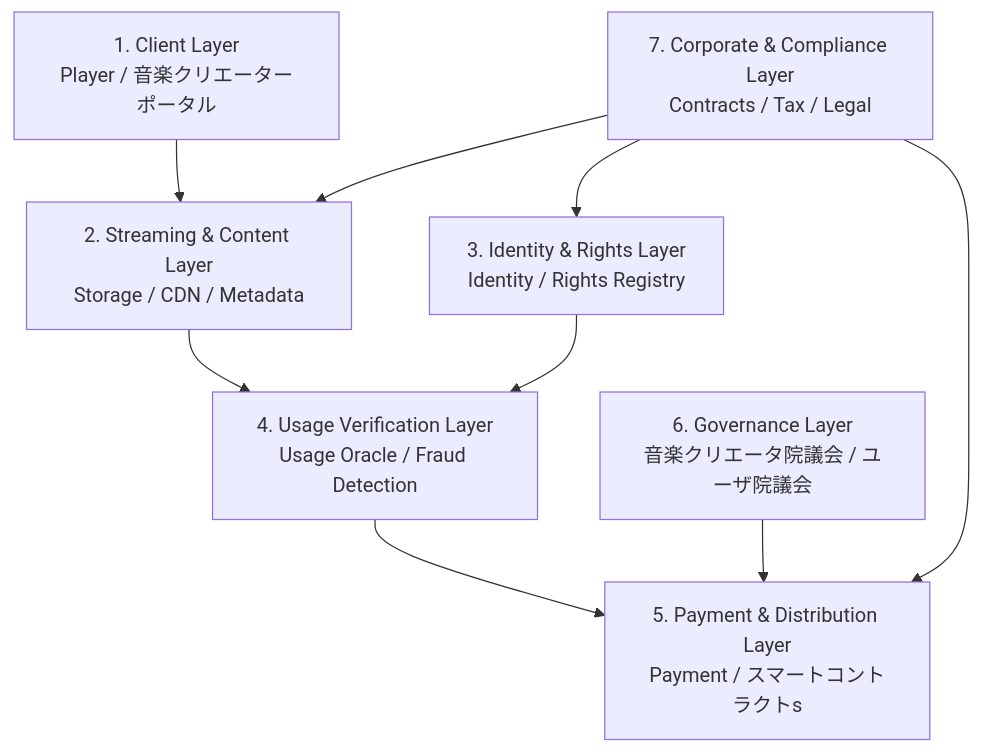
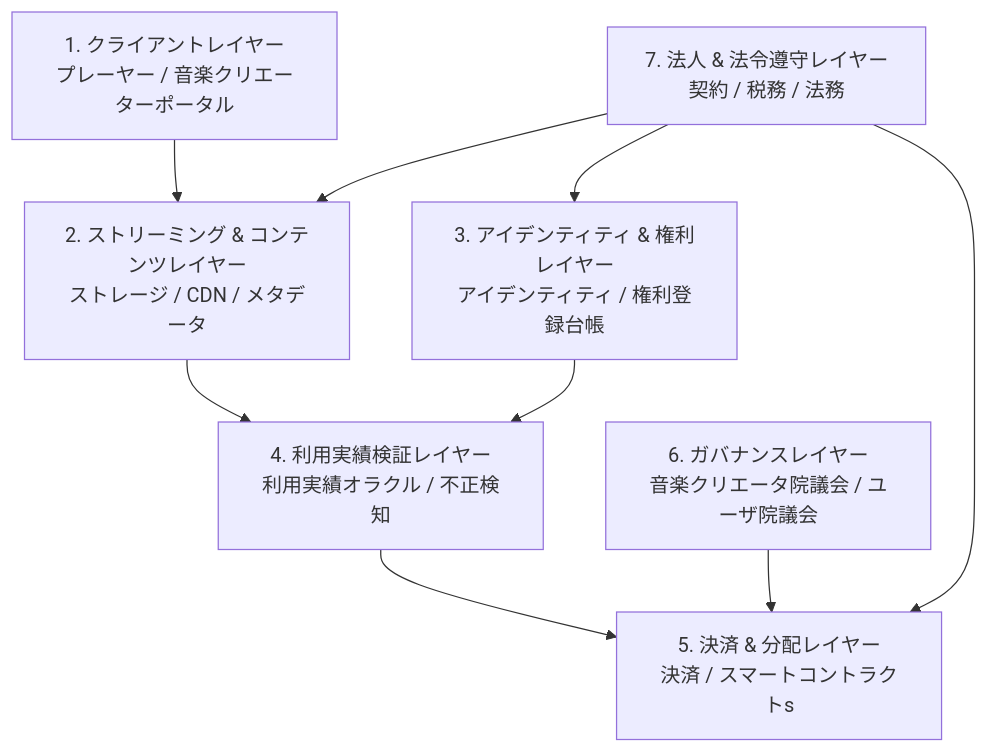
One commit to ShigeichiroYamasaki/creator-first-platform changed the second of 27 diagrams in docs/whitepaper/04-platform-architecture.md. Above: the diagram before and after it, drawn with Mermaid. The commit also changed other lines of this file and 72 other files, not shown here.

````diff
--- a/docs/whitepaper/04-platform-architecture.md
+++ b/docs/whitepaper/04-platform-architecture.md
@@ -79,19 +79,19 @@
 ```mermaid
 flowchart TB
-    L1[1. Client Layer<br/>Player / 音楽クリエーターポータル]
-    L2[2. Streaming & Content Layer<br/>Storage / CDN / Metadata]
-    L3[3. Identity & Rights Layer<br/>Identity / Rights Registry]
-    L4[4. Usage Verification Layer<br/>Usage Oracle / Fraud Detection]
-    L5[5. Payment & Distribution Layer<br/>Payment / スマートコントラクトs]
-    L6[6. Governance Layer<br/>音楽クリエータ院議会 / ユーザ院議会]
-    L7[7. Corporate & Compliance Layer<br/>Contracts / Tax / Legal]
+    L1[1. クライアントレイヤー<br/>プレーヤー / 音楽クリエーターポータル]
+    L2[2. ストリーミング & コンテンツレイヤー<br/>ストレージ / CDN / メタデータ]
+    L3[3. アイデンティティ & 権利レイヤー<br/>アイデンティティ / 権利登録台帳]
+    L4[4. 利用実績検証レイヤー<br/>利用実績オラクル / 不正検知]
+    L5[5. 決済 & 分配レイヤー<br/>決済 / スマートコントラクトs]
+    L6[6. ガバナンスレイヤー<br/>音楽クリエータ院議会 / ユーザ院議会]
+    L7[7. 法人 & 法令遵守レイヤー<br/>契約 / 税務 / 法務]
 
     L1 --> L2
     L2 --> L4
     L3 --> L4
     L4 --> L5
     L6 --> L5
     L7 --> L2
     L7 --> L3
     L7 --> L5
 ```
````
